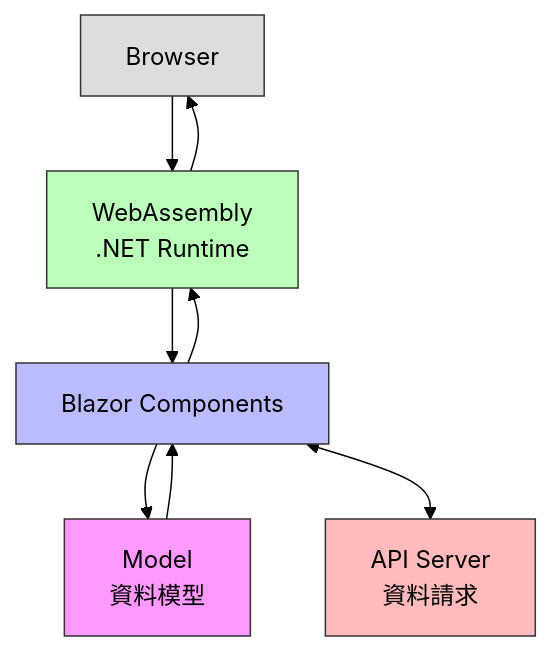
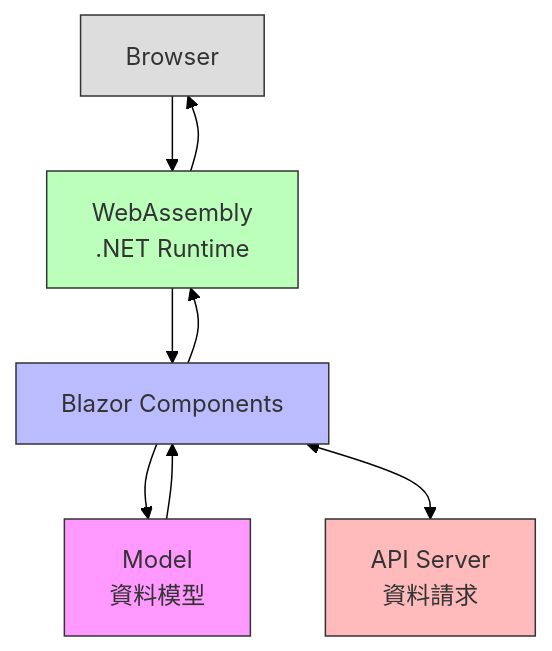
Before and after one commit to chrisbln2014/MVVMvsMVC: the fourth of 4 diagrams in README.md, drawn with Mermaid (forest theme). The commit also changed other lines of this file, not shown here.

````diff
--- a/README.md
+++ b/README.md
@@ -68,16 +80,16 @@
 ```mermaid
 graph TD
     B[Browser] --> W[WebAssembly<br/>.NET Runtime]
     W --> C[Blazor Components]
     C --> M[Model<br/>資料模型]
     M --> C
     C --> W
     W --> B
     C <--> A[API Server<br/>資料請求]
 
-    style M fill:#f9f,stroke:#333
-    style C fill:#bbf,stroke:#333
-    style W fill:#bfb,stroke:#333
-    style B fill:#ddd,stroke:#333
-    style A fill:#fbb,stroke:#333
+    style M fill:#f9f,stroke:#333,color:#333
+    style C fill:#bbf,stroke:#333,color:#333
+    style W fill:#bfb,stroke:#333,color:#333
+    style B fill:#ddd,stroke:#333,color:#333
+    style A fill:#fbb,stroke:#333,color:#333
 ```
````
